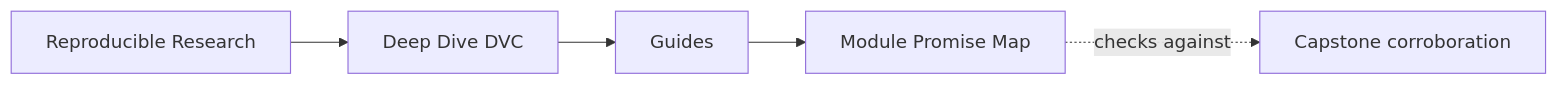
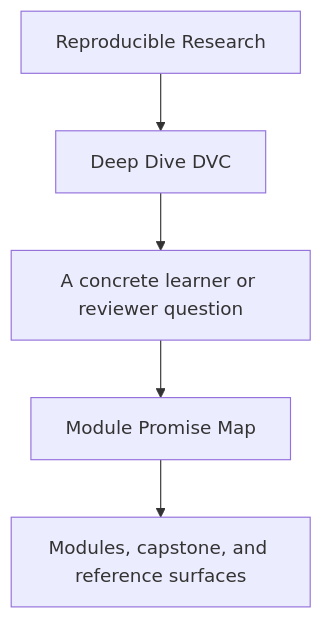
One commit to bijux/bijux-masterclass changed the first of 2 diagrams in programs/reproducible-research/deep-dive-dvc/course-book/guides/module-promise-map.md. Above: the diagram before and after it, drawn with Mermaid. The commit also changed other lines of this file and 31 other files, not shown here.

Commit message:
docs(deep-dive-dvc): sharpen guide and reference diagrams

````diff
--- a/programs/reproducible-research/deep-dive-dvc/course-book/guides/module-promise-map.md
+++ b/programs/reproducible-research/deep-dive-dvc/course-book/guides/module-promise-map.md
@@ -9,11 +9,7 @@
 ```mermaid
-graph LR
-  family["Reproducible Research"]
-  program["Deep Dive DVC"]
-  section["Guides"]
-  page["Module Promise Map"]
-  capstone["Capstone corroboration"]
-
-  family --> program --> section --> page
-  page -.checks against.-> capstone
+flowchart TD
+  family["Reproducible Research"] --> program["Deep Dive DVC"]
+  program --> pressure["A concrete learner or reviewer question"]
+  pressure --> guide["Module Promise Map"]
+  guide --> next["Modules, capstone, and reference surfaces"]
 ```
````
